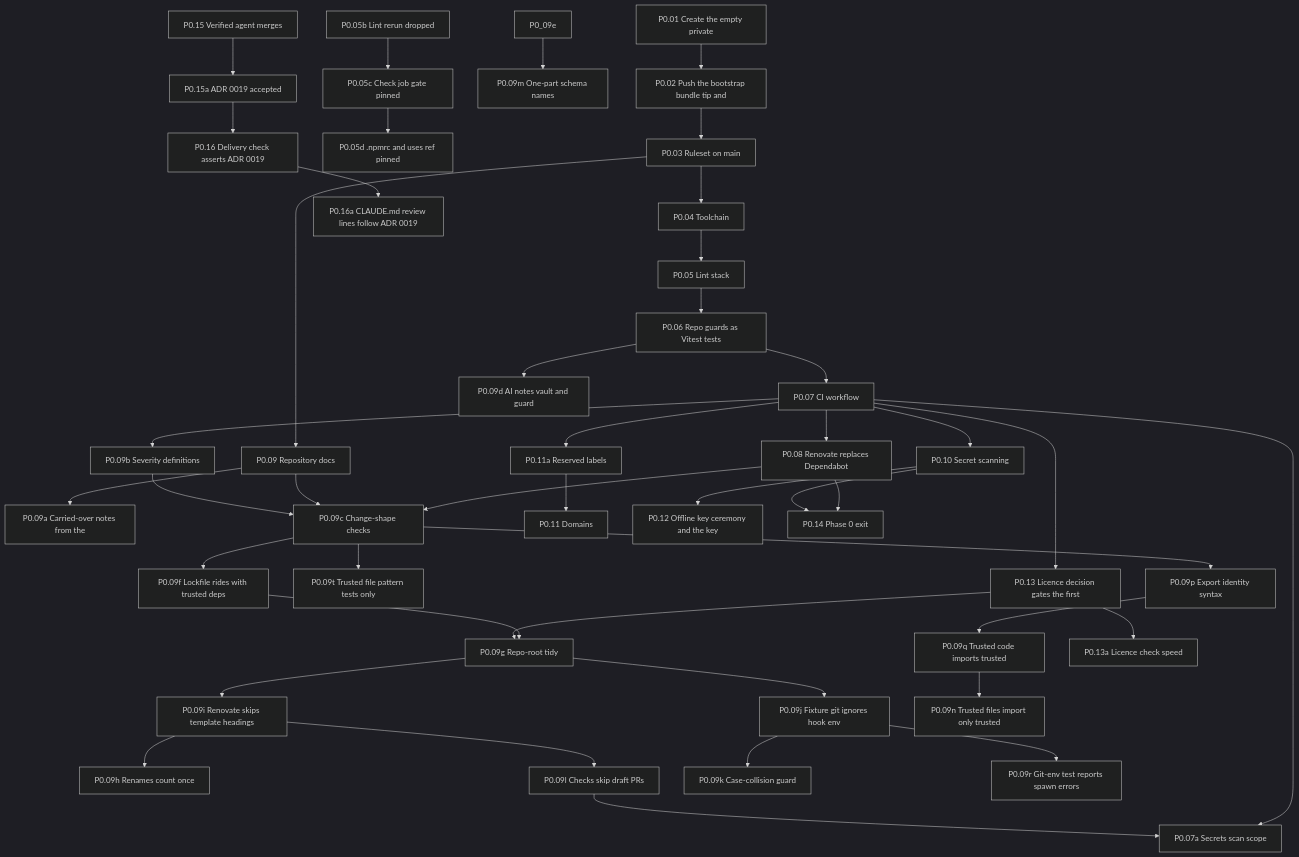
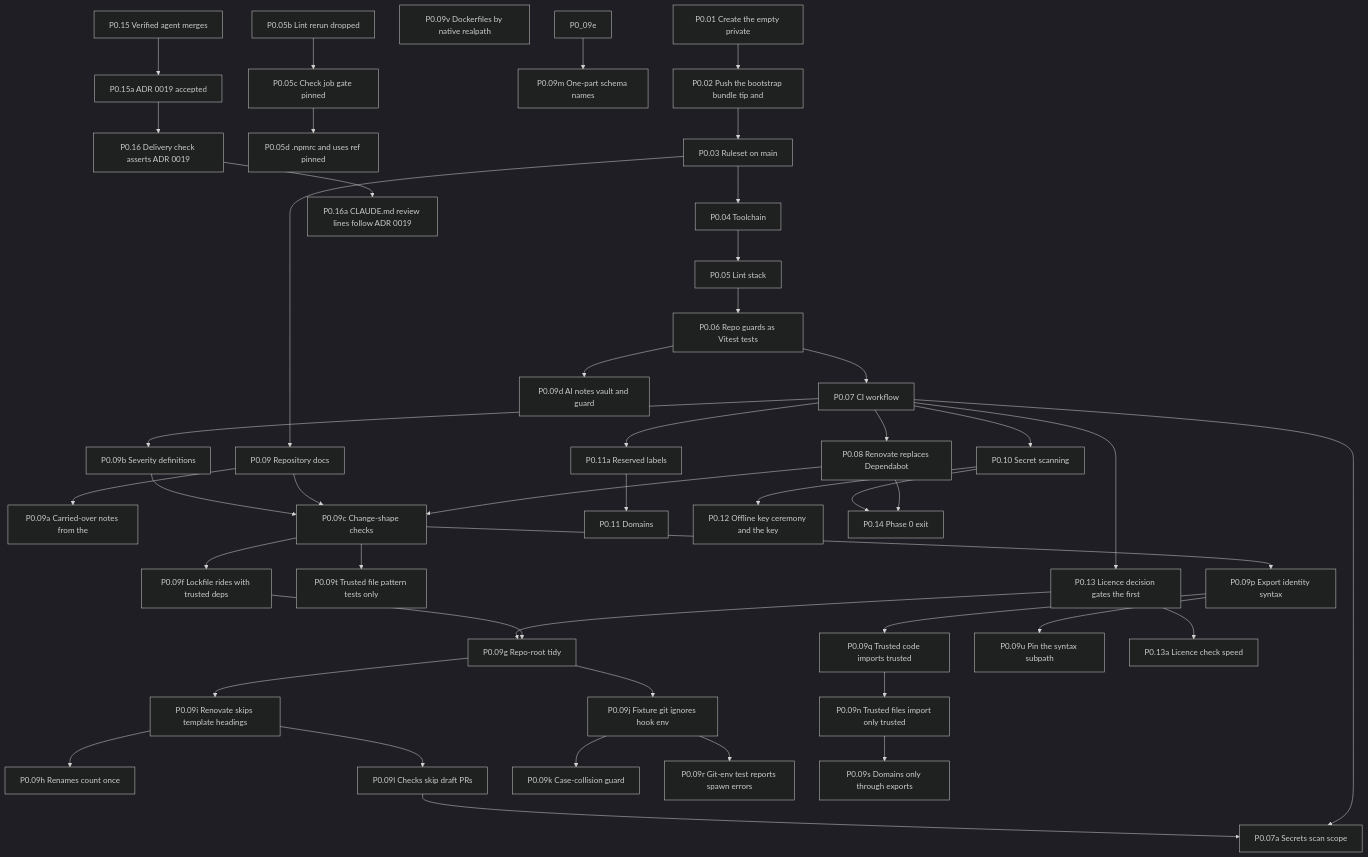
Before and after one commit to Undefined6799/unset: the first of 11 diagrams in docs/ai/book/01-outline.md, drawn with Mermaid (dark theme). The commit also changed other lines of this file and 3 other files, not shown here.

```diff
--- a/docs/ai/book/01-outline.md
+++ b/docs/ai/book/01-outline.md
@@ -102,6 +105,9 @@
   P0_09q["P0.09q Trusted code imports trusted"]
   P0_09n["P0.09n Trusted files import only trusted"]
   P0_09r["P0.09r Git-env test reports spawn errors"]
+  P0_09s["P0.09s Domains only through exports"]
+  P0_09u["P0.09u Pin the syntax subpath"]
+  P0_09v["P0.09v Dockerfiles by native realpath"]
   P0_10["P0.10 Secret scanning"]
   P0_11a["P0.11a Reserved labels"]
   P0_11["P0.11 Domains"]
@@ -141,6 +147,8 @@
   P0_09i --> P0_09h
   P0_09j --> P0_09k
   P0_09j --> P0_09r
+  P0_09n --> P0_09s
+  P0_09p --> P0_09u
   P0_09e --> P0_09m
   P0_09i --> P0_09l
   P0_07 --> P0_10
```
